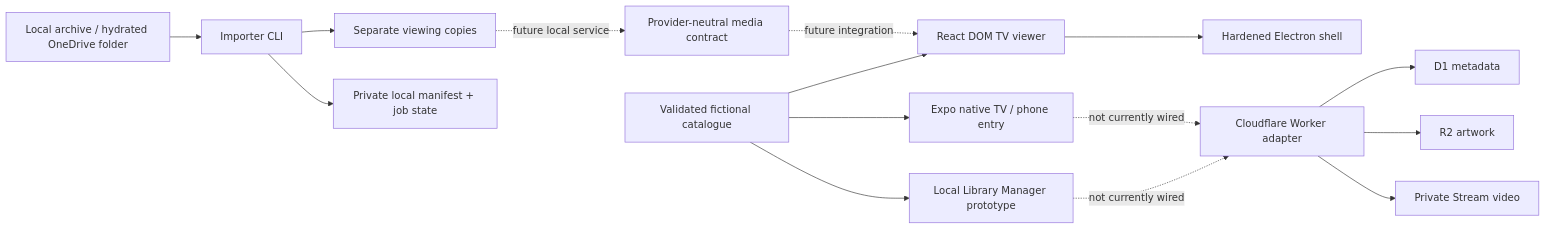
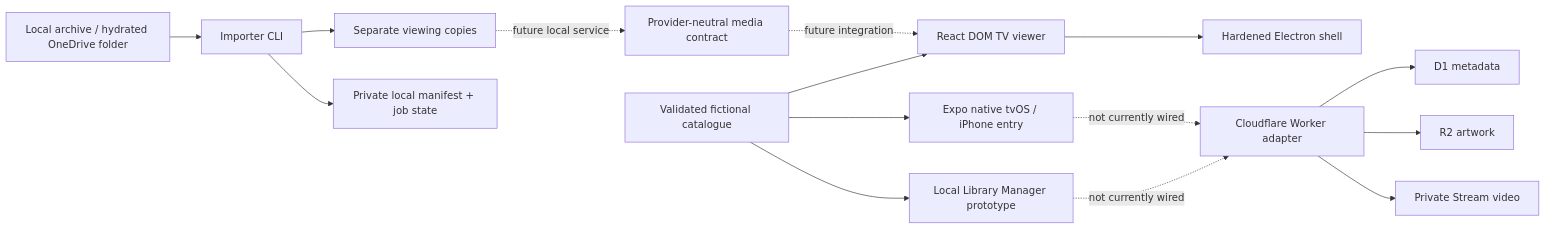
Before and after one commit to bramapeters97/lelibrambas-tv: the diagram in ARCHITECTURE.md, drawn with Mermaid. The commit also changed other lines of this file and 65 other files, not shown here.

````diff
--- a/ARCHITECTURE.md
+++ b/ARCHITECTURE.md
@@ -5,17 +5,17 @@
 ```mermaid
 flowchart LR
   Source["Local archive / hydrated OneDrive folder"] --> CLI["Importer CLI"]
   CLI --> Copies["Separate viewing copies"]
   CLI --> Manifest["Private local manifest + job state"]
   Seed["Validated fictional catalogue"] --> Web["React DOM TV viewer"]
-  Seed --> Native["Expo native TV / phone entry"]
+  Seed --> Native["Expo native tvOS / iPhone entry"]
   Seed --> Admin["Local Library Manager prototype"]
   Copies -. "future local service" .-> Provider["Provider-neutral media contract"]
   Provider -. "future integration" .-> Web
   Web --> Electron["Hardened Electron shell"]
   Admin -. "not currently wired" .-> Worker["Cloudflare Worker adapter"]
   Native -. "not currently wired" .-> Worker
   Worker --> D1["D1 metadata"]
   Worker --> R2["R2 artwork"]
   Worker --> Stream["Private Stream video"]
 ```
````
